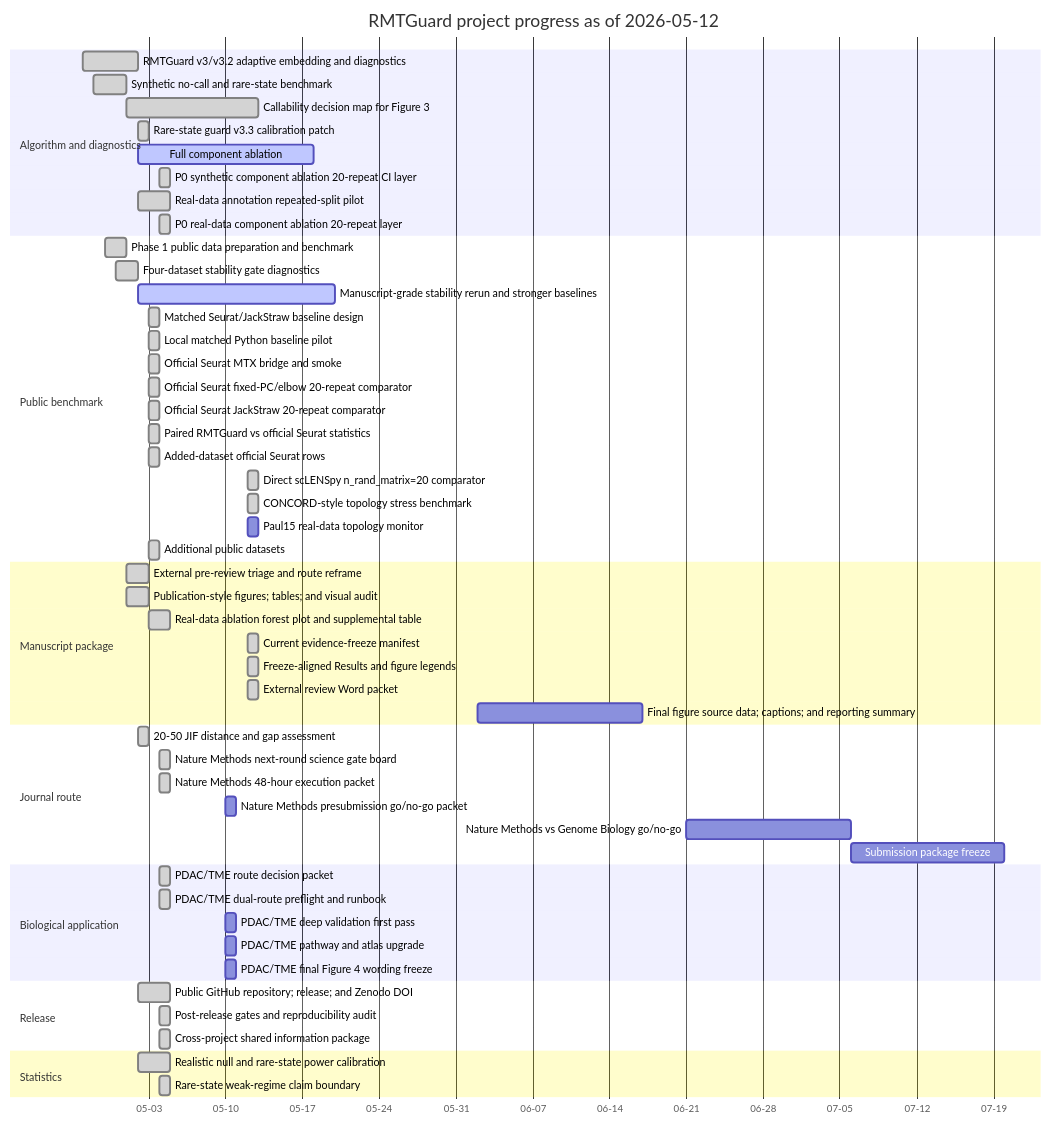
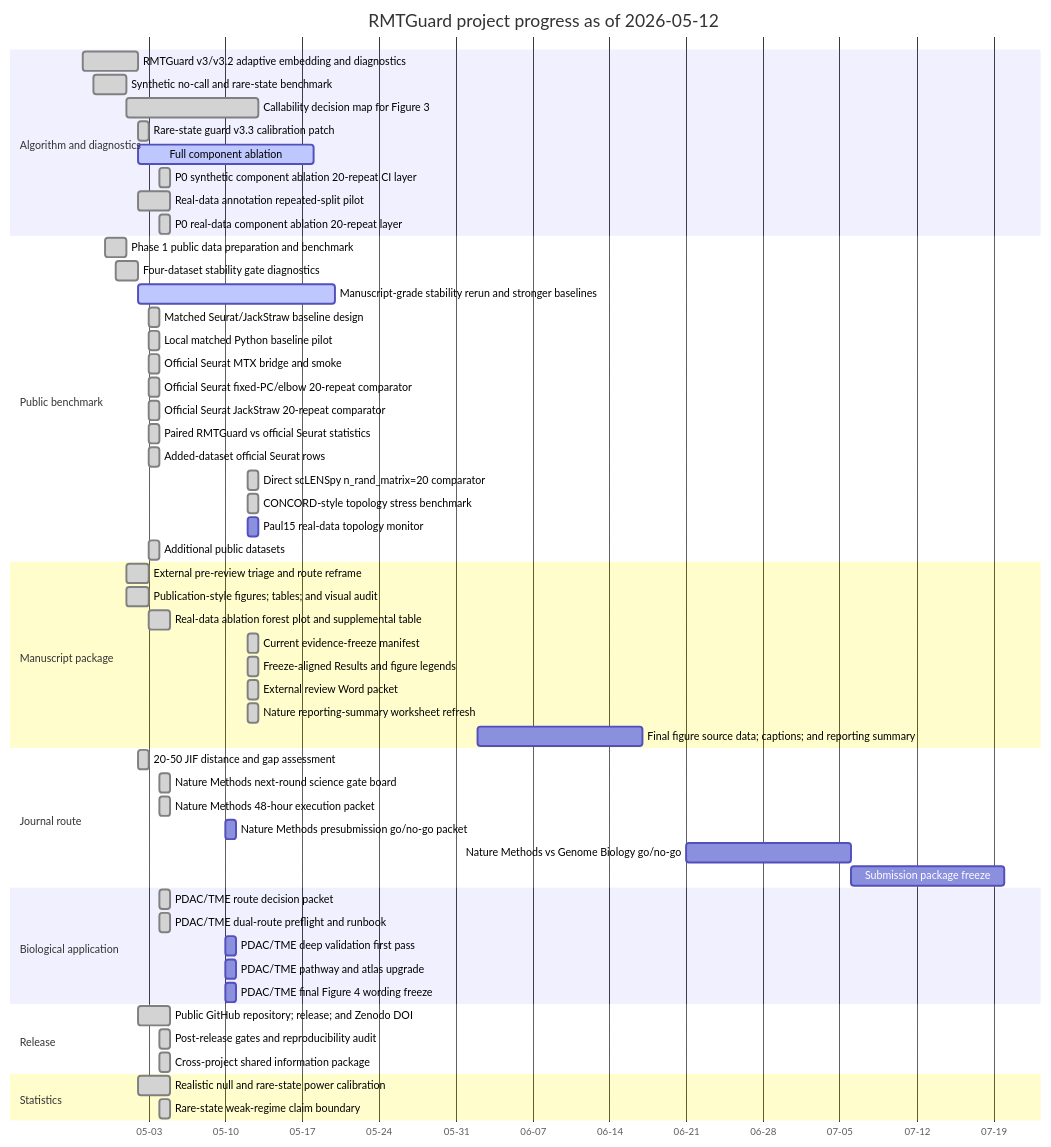
The diagram in results/project_management/rmtguard_project_gantt.md (healthgreat/rmtguard), drawn with Mermaid before and after one commit. The commit also changed other lines of this file and 16 other files, not shown here.

Commit message:
Refresh Nature reporting summary worksheet

````diff
--- a/results/project_management/rmtguard_project_gantt.md
+++ b/results/project_management/rmtguard_project_gantt.md
@@ -13,58 +13,59 @@
 ```mermaid
 gantt
     title RMTGuard project progress as of 2026-05-12
     dateFormat  YYYY-MM-DD
     axisFormat  %m-%d
     section Algorithm and diagnostics
     RMTGuard v3/v3.2 adaptive embedding and diagnostics :done, T01, 2026-04-27, 5d
     Synthetic no-call and rare-state benchmark :done, T02, 2026-04-28, 3d
     Callability decision map for Figure 3 :done, T03, 2026-05-01, 12d
     Rare-state guard v3.3 calibration patch :done, T04, 2026-05-02, 1d
     Full component ablation :active, T18, 2026-05-02, 16d
     P0 synthetic component ablation 20-repeat CI layer :done, T19, 2026-05-04, 1d
     Real-data annotation repeated-split pilot :done, T20, 2026-05-02, 3d
     P0 real-data component ablation 20-repeat layer :done, T21, 2026-05-04, 1d
     section Public benchmark
     Phase 1 public data preparation and benchmark :done, T05, 2026-04-29, 2d
     Four-dataset stability gate diagnostics :done, T06, 2026-04-30, 2d
     Manuscript-grade stability rerun and stronger baselines :active, T17, 2026-05-02, 18d
-    Matched Seurat/JackStraw baseline design :done, T26, 2026-05-03, 1d
-    Local matched Python baseline pilot :done, T27, 2026-05-03, 1d
-    Official Seurat MTX bridge and smoke :done, T28, 2026-05-03, 1d
-    Official Seurat fixed-PC/elbow 20-repeat comparator :done, T29, 2026-05-03, 1d
-    Official Seurat JackStraw 20-repeat comparator :done, T30, 2026-05-03, 1d
-    Paired RMTGuard vs official Seurat statistics :done, T31, 2026-05-03, 1d
-    Added-dataset official Seurat rows :done, T32, 2026-05-03, 1d
-    Direct scLENSpy n_rand_matrix=20 comparator :done, T33, 2026-05-12, 1d
-    CONCORD-style topology stress benchmark :done, T34, 2026-05-12, 1d
-    Paul15 real-data topology monitor :T35, 2026-05-12, 1d
-    Additional public datasets :done, T39, 2026-05-03, 1d
+    Matched Seurat/JackStraw baseline design :done, T27, 2026-05-03, 1d
+    Local matched Python baseline pilot :done, T28, 2026-05-03, 1d
+    Official Seurat MTX bridge and smoke :done, T29, 2026-05-03, 1d
+    Official Seurat fixed-PC/elbow 20-repeat comparator :done, T30, 2026-05-03, 1d
+    Official Seurat JackStraw 20-repeat comparator :done, T31, 2026-05-03, 1d
+    Paired RMTGuard vs official Seurat statistics :done, T32, 2026-05-03, 1d
+    Added-dataset official Seurat rows :done, T33, 2026-05-03, 1d
+    Direct scLENSpy n_rand_matrix=20 comparator :done, T34, 2026-05-12, 1d
+    CONCORD-style topology stress benchmark :done, T35, 2026-05-12, 1d
+    Paul15 real-data topology monitor :T36, 2026-05-12, 1d
+    Additional public datasets :done, T40, 2026-05-03, 1d
     section Manuscript package
     External pre-review triage and route reframe :done, T07, 2026-05-01, 2d
     Publication-style figures; tables; and visual audit :done, T08, 2026-05-01, 2d
     Real-data ablation forest plot and supplemental table :done, T22, 2026-05-03, 2d
     Current evidence-freeze manifest :done, T23, 2026-05-12, 1d
     Freeze-aligned Results and figure legends :done, T24, 2026-05-12, 1d
     External review Word packet :done, T25, 2026-05-12, 1d
-    Final figure source data; captions; and reporting summary :T40, 2026-06-02, 15d
+    Nature reporting-summary worksheet refresh :done, T26, 2026-05-12, 1d
+    Final figure source data; captions; and reporting summary :T41, 2026-06-02, 15d
     section Journal route
     20-50 JIF distance and gap assessment :done, T09, 2026-05-02, 1d
     Nature Methods next-round science gate board :done, T10, 2026-05-04, 1d
     Nature Methods 48-hour execution packet :done, T11, 2026-05-04, 1d
-    Nature Methods presubmission go/no-go packet :T43, 2026-05-10, 1d
-    Nature Methods vs Genome Biology go/no-go :T44, 2026-06-21, 15d
-    Submission package freeze :T45, 2026-07-06, 14d
+    Nature Methods presubmission go/no-go packet :T44, 2026-05-10, 1d
+    Nature Methods vs Genome Biology go/no-go :T45, 2026-06-21, 15d
+    Submission package freeze :T46, 2026-07-06, 14d
     section Biological application
     PDAC/TME route decision packet :done, T12, 2026-05-04, 1d
     PDAC/TME dual-route preflight and runbook :done, T13, 2026-05-04, 1d
-    PDAC/TME deep validation first pass :T36, 2026-05-10, 1d
-    PDAC/TME pathway and atlas upgrade :T37, 2026-05-10, 1d
-    PDAC/TME final Figure 4 wording freeze :T38, 2026-05-10, 1d
+    PDAC/TME deep validation first pass :T37, 2026-05-10, 1d
+    PDAC/TME pathway and atlas upgrade :T38, 2026-05-10, 1d
+    PDAC/TME final Figure 4 wording freeze :T39, 2026-05-10, 1d
     section Release
     Public GitHub repository; release; and Zenodo DOI :done, T14, 2026-05-02, 3d
-    Post-release gates and reproducibility audit :done, T41, 2026-05-04, 1d
-    Cross-project shared information package :done, T42, 2026-05-04, 1d
+    Post-release gates and reproducibility audit :done, T42, 2026-05-04, 1d
+    Cross-project shared information package :done, T43, 2026-05-04, 1d
     section Statistics
     Realistic null and rare-state power calibration :done, T15, 2026-05-02, 3d
     Rare-state weak-regime claim boundary :done, T16, 2026-05-04, 1d
 ```
````
